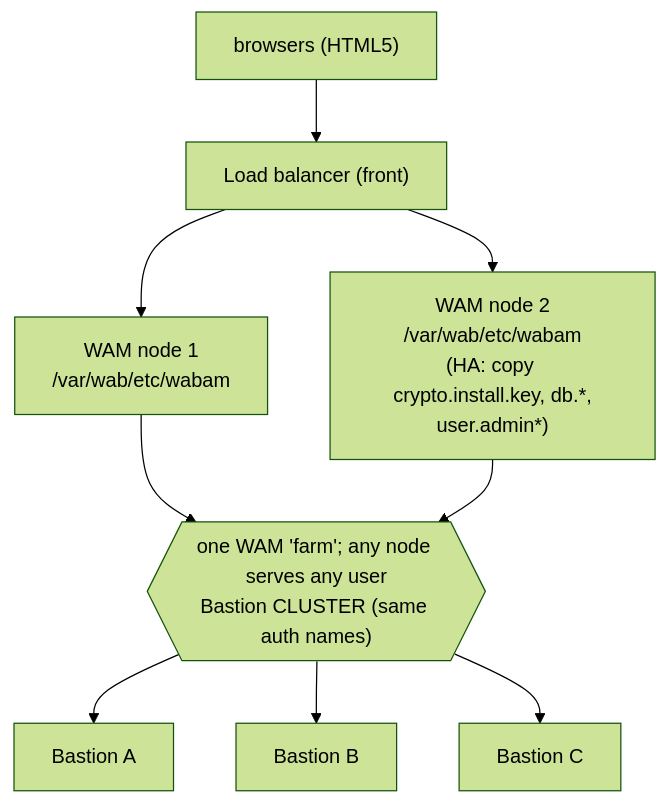
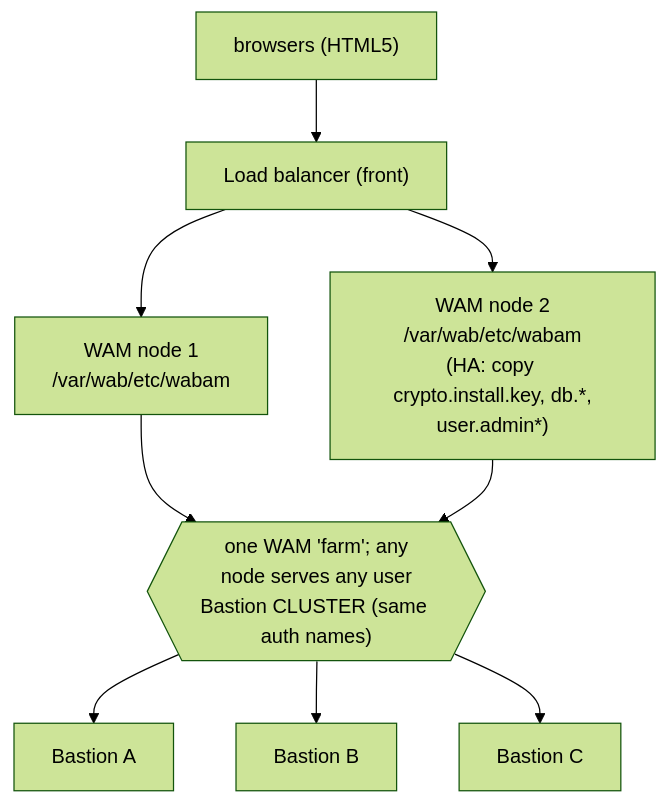
Before and after one commit to morandeirachema/WallixCerts: the fourth of 5 diagrams in certs/wallix/deep-dives/high-availability-and-dr.md, drawn with Mermaid (forest theme). The commit also changed other lines of this file and 35 other files, not shown here.

First line of the commit message:
Tidy Mermaid boxes: balanced wrapping at a narrower width (36)

````diff
--- a/certs/wallix/deep-dives/high-availability-and-dr.md
+++ b/certs/wallix/deep-dives/high-availability-and-dr.md
@@ -207,11 +207,11 @@
 ```mermaid
 flowchart TD
     Browsers["browsers (HTML5)"] --> LB["Load balancer (front)"]
     LB --> WAM1["WAM node 1<br/>/var/wab/etc/wabam"]
     LB --> WAM2["WAM node 2<br/>/var/wab/etc/wabam<br/>(HA: copy crypto.install.key, db.*,<br/>user.admin*)"]
-    WAM1 --> Cluster{{"one WAM 'farm'; any node serves any user<br/>Bastion CLUSTER (same auth names)"}}
+    WAM1 --> Cluster{{"one WAM 'farm'; any<br/>node serves any user<br/>Bastion CLUSTER (same auth names)"}}
     WAM2 --> Cluster
     Cluster --> BastionA["Bastion A"]
     Cluster --> BastionB["Bastion B"]
     Cluster --> BastionC["Bastion C"]
 ```
````
